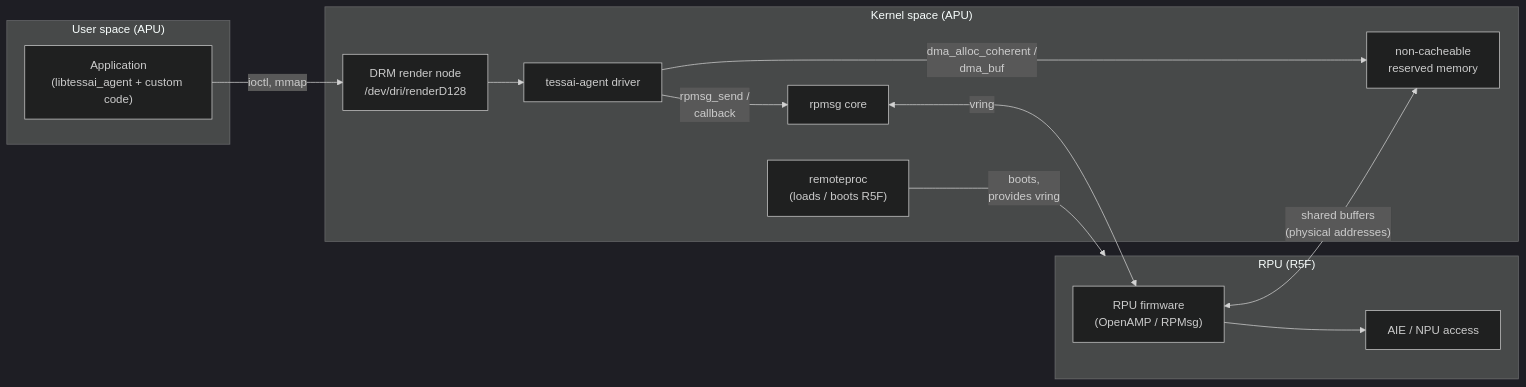
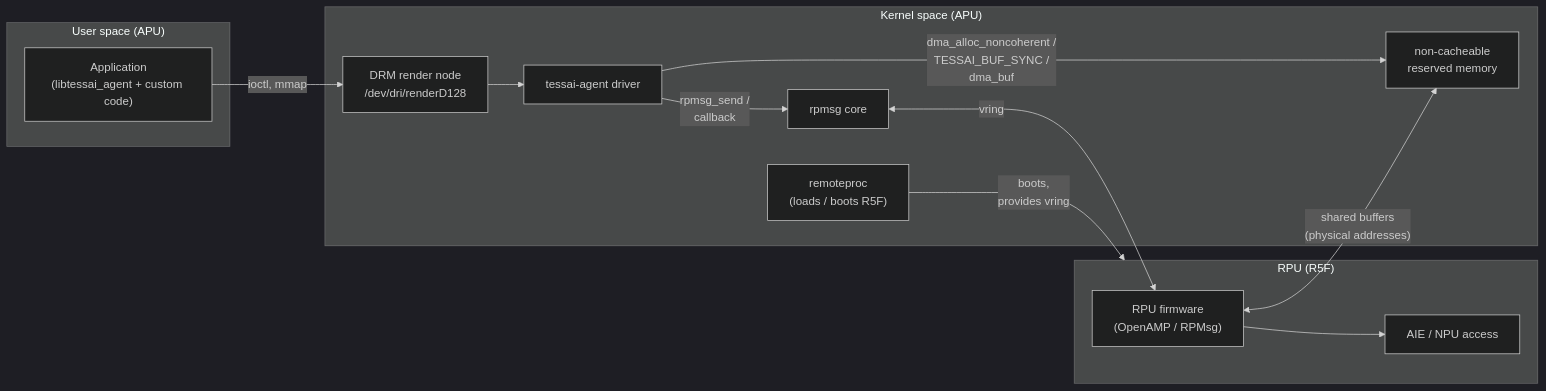
The first of 5 diagrams in docs/architecture.md (Xilinx/amdrnpu), drawn with Mermaid (dark theme) before and after one commit. The commit also changed other lines of this file and 4 other files, not shown here.

````diff
--- a/docs/architecture.md
+++ b/docs/architecture.md
@@ -24,28 +20,28 @@
 ```mermaid
 flowchart LR
     subgraph User["User space (APU)"]
         APP["Application<br/>(libtessai_agent + custom code)"]
     end
 
     subgraph Kernel["Kernel space (APU)"]
         DRM["DRM render node<br/>/dev/dri/renderD128"]
         TESS["tessai-agent driver"]
         RPMSG["rpmsg core"]
         REMOTEPROC["remoteproc<br/>(loads / boots R5F)"]
         DMA["non-cacheable<br/>reserved memory"]
     end
 
     subgraph RPU["RPU (R5F)"]
         FW["RPU firmware<br/>(OpenAMP / RPMsg)"]
         AIE["AIE / NPU access"]
     end
 
     APP -- "ioctl, mmap" --> DRM
     DRM --> TESS
     TESS -- "rpmsg_send /<br/>callback" --> RPMSG
     RPMSG <-- "vring" --> FW
     REMOTEPROC -- "boots,<br/>provides vring" --> RPU
-    TESS -- "dma_alloc_coherent /<br/>dma_buf" --> DMA
+    TESS -- "dma_alloc_noncoherent /<br/>TESSAI_BUF_SYNC /<br/>dma_buf" --> DMA
     FW <-- "shared buffers<br/>(physical addresses)" --> DMA
     FW --> AIE
 ```
````
